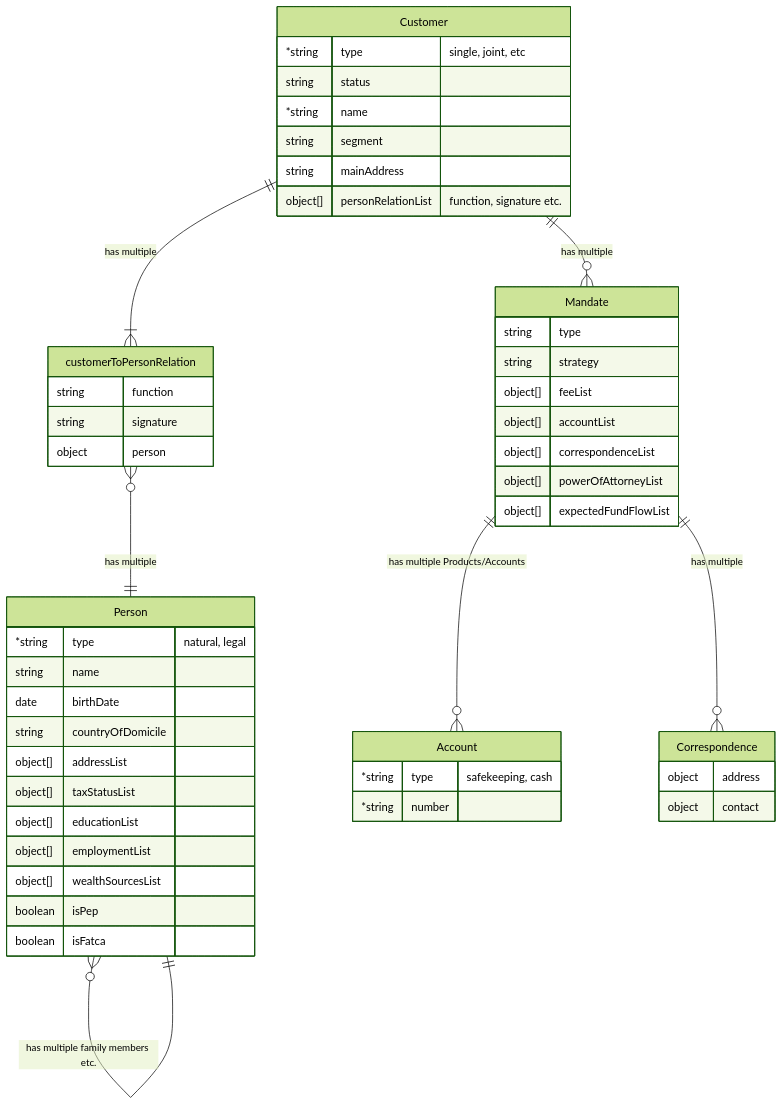
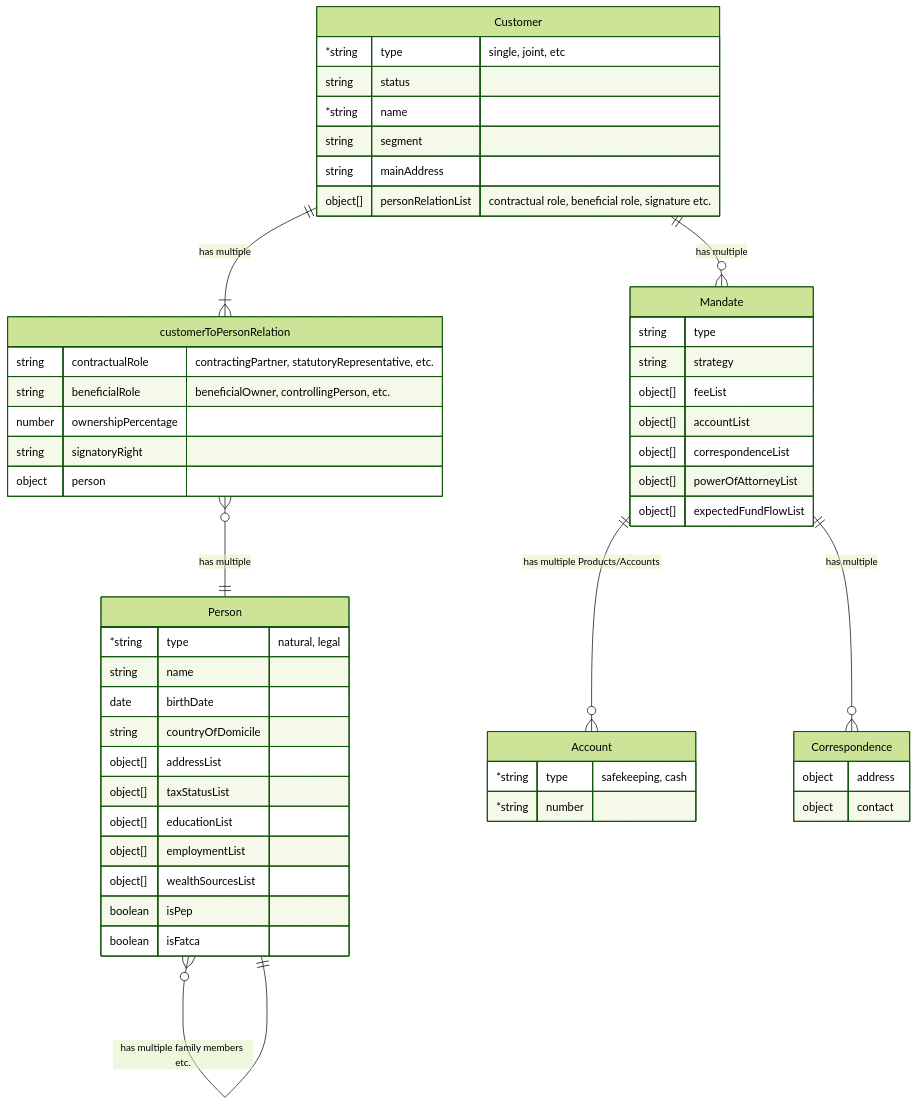
Before and after one commit to OpenWealth/OpenWealth: the first of 5 diagrams in src/customer/entity-documentation.md, drawn with Mermaid (forest theme). The commit also changed 24 other files, not shown here.

````diff
--- a/src/customer/entity-documentation.md
+++ b/src/customer/entity-documentation.md
@@ -11,62 +11,64 @@
 ```mermaid
 erDiagram
 
     Customer {
         *string type "single, joint, etc"
         string status
         *string name
         string segment
         string mainAddress
-        object[] personRelationList "function, signature etc."
+        object[] personRelationList "contractual role, beneficial role, signature etc."
     }
 
     Mandate {
         string type
         string strategy
         object[] feeList
         object[] accountList
         object[] correspondenceList
         object[] powerOfAttorneyList
         object[] expectedFundFlowList
     }
 
     Person {
         *string type "natural, legal"
         string name
         date birthDate
         string countryOfDomicile
         object[] addressList
         object[] taxStatusList
         object[] educationList
         object[] employmentList
         object[] wealthSourcesList
         boolean isPep
         boolean isFatca 
     }
 
     Account {
         *string type "safekeeping, cash"
         *string number
     }
 
     Correspondence {
         object address
         object contact
     }
 
     customerToPersonRelation {
-        string function
-        string signature
+        string contractualRole "contractingPartner, statutoryRepresentative, etc."
+        string beneficialRole "beneficialOwner, controllingPerson, etc."
+        number ownershipPercentage
+        string signatoryRight
         object person
     }
 
     Customer ||--|{ customerToPersonRelation : "has multiple" 
     Customer ||--o{ Mandate : "has multiple" 
 
     Mandate ||--o{ Account : "has multiple Products/Accounts" 
     Mandate ||--o{ Correspondence : "has multiple" 
     
     customerToPersonRelation }o--|| Person : "has multiple" 
     Person }o--|| Person : "has multiple family members etc." 
 
 ```
````
